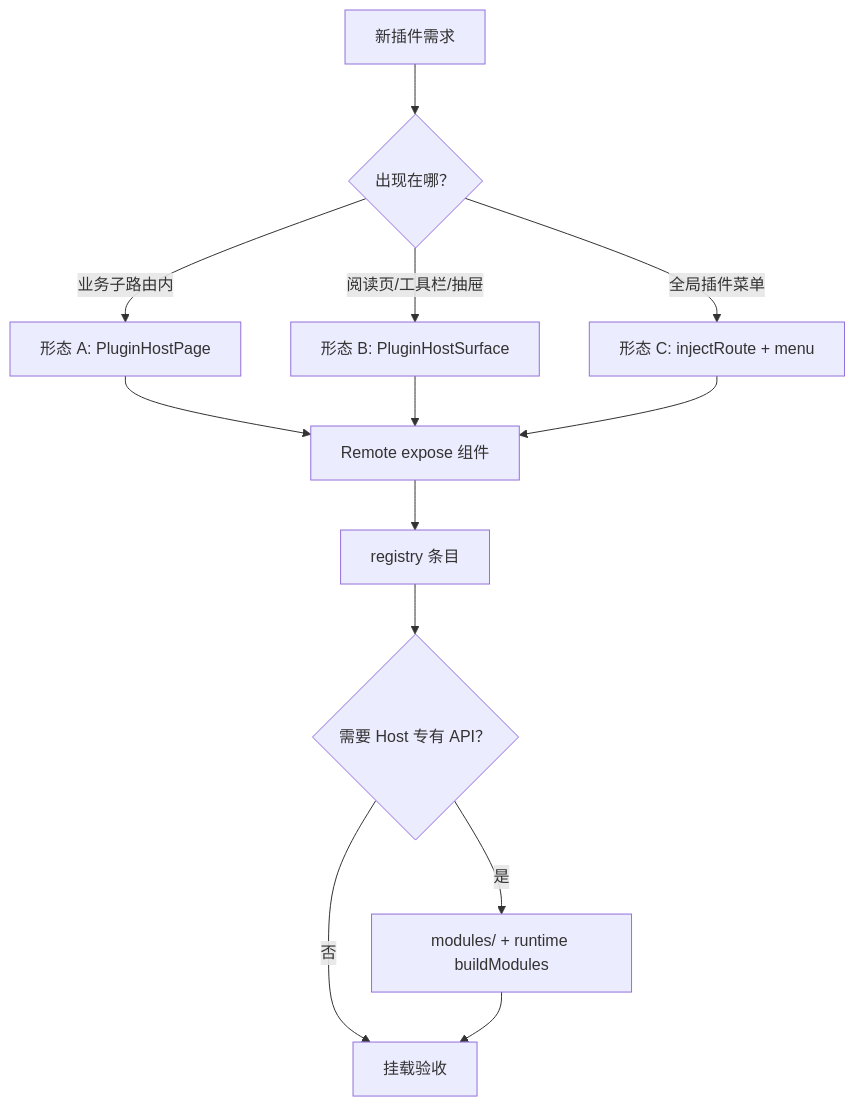
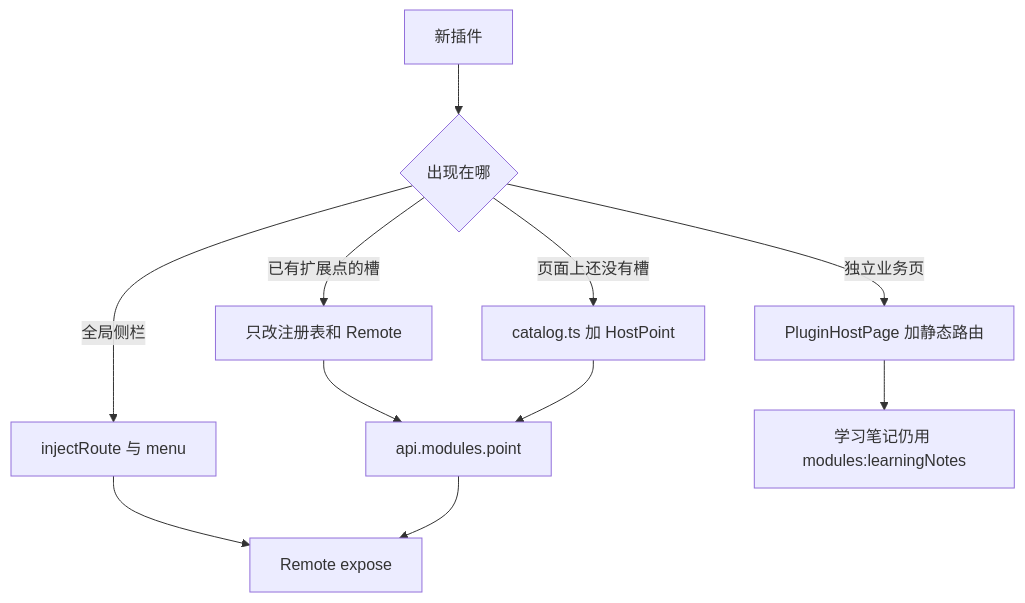
One commit to dnhyxc/dnhyxc-ai changed the diagram in apps/frontend/src/federation/guide.md. Above: the diagram before and after it, drawn with Mermaid. The commit also changed other lines of this file and 39 other files, not shown here.

````diff
--- a/apps/frontend/src/federation/guide.md
+++ b/apps/frontend/src/federation/guide.md
@@ -18,15 +19,13 @@
 ```mermaid
 flowchart TD
-  Start[新插件需求] --> Q1{出现在哪？}
-  Q1 -->|业务子路由内| A[形态 A: PluginHostPage]
-  Q1 -->|阅读页/工具栏/抽屉| B[形态 B: PluginHostSurface]
-  Q1 -->|全局插件菜单| C[形态 C: injectRoute + menu]
-  A --> Remote[Remote expose 组件]
-  B --> Remote
-  C --> Remote
-  Remote --> Registry[registry 条目]
-  Registry --> Optional{需要 Host 专有 API？}
-  Optional -->|否| Done[挂载验收]
-  Optional -->|是| Modules[modules/ + runtime buildModules]
-  Modules --> Done
+  Start[新插件] --> Q1{出现在哪}
+  Q1 -->|已有扩展点的槽| A[只改注册表和 Remote]
+  Q1 -->|页面上还没有槽| B[catalog.ts 加 HostPoint]
+  Q1 -->|独立业务页| C[PluginHostPage 加静态路由]
+  Q1 -->|全局侧栏| D[injectRoute 与 menu]
+  A --> Point[api.modules.point]
+  B --> Point
+  C --> Notes[学习笔记仍用 modules:learningNotes]
+  D --> Remote[Remote expose]
+  Point --> Remote
 ```
````
